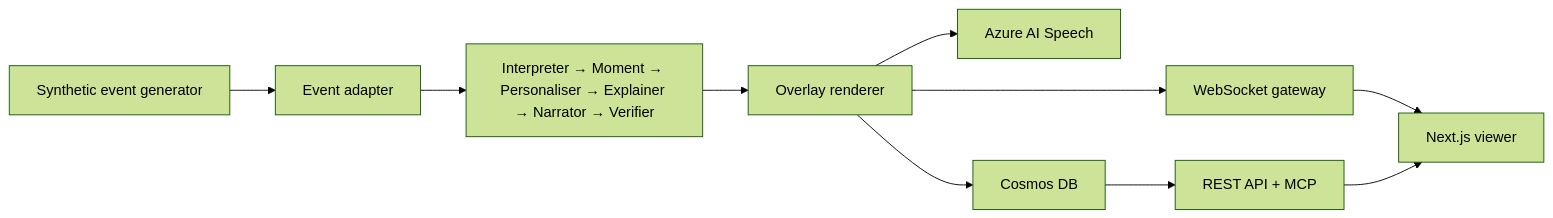
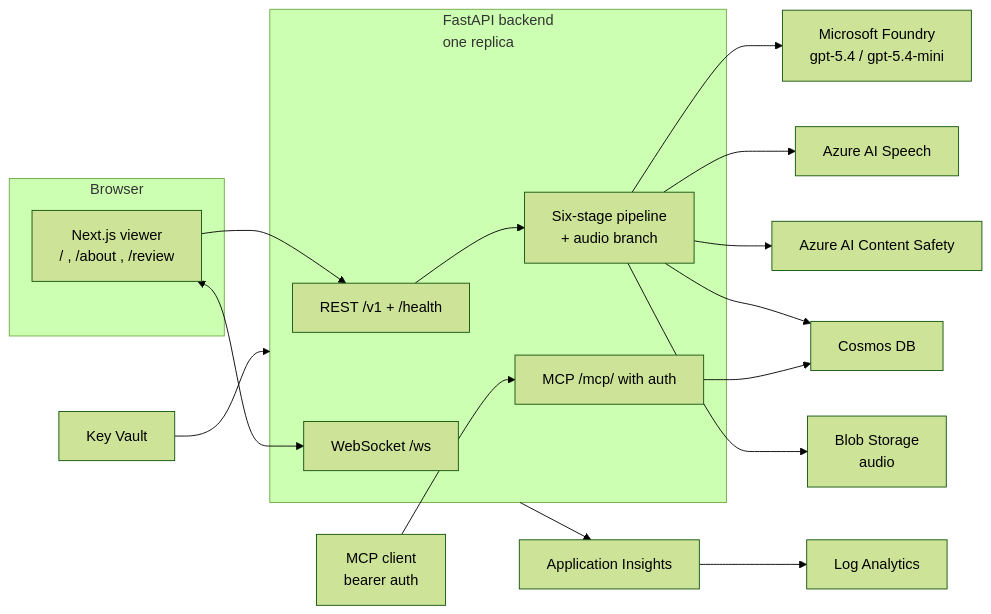
Before and after one commit to kurosakiaduma/msimulizi: the diagram in README.md, drawn with Mermaid (forest theme). The commit also changed other lines of this file and 5 other files, not shown here.

Commit message:
docs: add full architecture diagrams and refresh component references

````diff
--- a/README.md
+++ b/README.md
@@ -21,12 +21,37 @@
 ```mermaid
-graph LR
-    GEN["Synthetic event generator"] --> ADAPTER["Event adapter"]
-    ADAPTER --> PIPE["Interpreter → Moment → Personaliser → Explainer → Narrator → Verifier"]
-    PIPE --> RENDER["Overlay renderer"]
-    RENDER --> WS["WebSocket gateway"]
-    RENDER --> SPEECH["Azure AI Speech"]
-    RENDER --> COSMOS["Cosmos DB"]
-    WS --> UI["Next.js viewer"]
-    COSMOS --> API["REST API + MCP"]
-    API --> UI
+flowchart LR
+    subgraph Browser["Browser"]
+        UI["Next.js viewer<br/>/ , /about , /review"]
+    end
+
+    subgraph Backend["FastAPI backend<br/>one replica"]
+        API["REST /v1 + /health"]
+        WS["WebSocket /ws"]
+        MCP["MCP /mcp/ with auth"]
+        PIPE["Six-stage pipeline<br/>+ audio branch"]
+    end
+
+    Foundry["Microsoft Foundry<br/>gpt-5.4 / gpt-5.4-mini"]
+    Speech["Azure AI Speech"]
+    Safety["Azure AI Content Safety"]
+    Cosmos["Cosmos DB"]
+    Blob["Blob Storage<br/>audio"]
+    KV["Key Vault"]
+    AI["Application Insights"]
+    LAW["Log Analytics"]
+    MCPClient["MCP client<br/>bearer auth"]
+
+    UI --> API
+    UI <--> WS
+    MCPClient --> MCP
+    API --> PIPE
+    PIPE --> Foundry
+    PIPE --> Speech
+    PIPE --> Safety
+    PIPE --> Cosmos
+    PIPE --> Blob
+    MCP --> Cosmos
+    KV --> Backend
+    Backend --> AI
+    AI --> LAW
 ```
````
